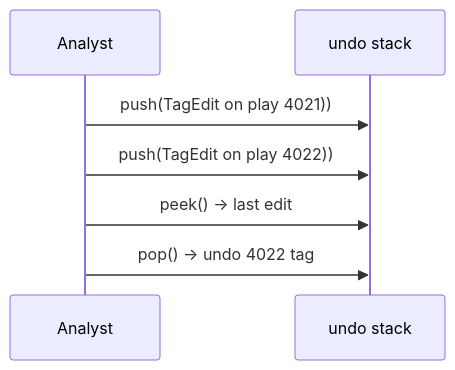
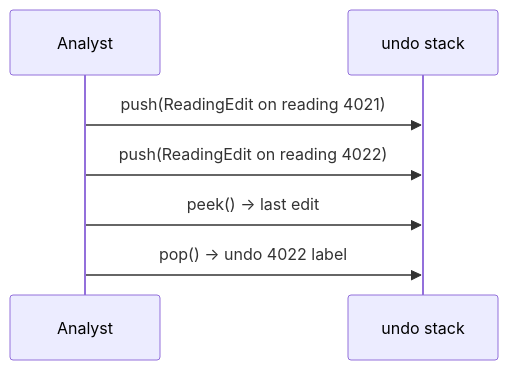
One commit to qgjones9/python-programming-guide changed the second of 8 diagrams in docs/dsa/data-structures/stacks/index.md. Above: the diagram before and after it, drawn with Mermaid. The commit also changed other lines of this file and 29 other files, not shown here.

````diff
--- a/docs/dsa/data-structures/stacks/index.md
+++ b/docs/dsa/data-structures/stacks/index.md
@@ -85,9 +83,9 @@
 ```mermaid
 sequenceDiagram
   participant Analyst
   participant S as undo stack
-  Analyst->>S: push(TagEdit on play 4021))
-  Analyst->>S: push(TagEdit on play 4022))
+  Analyst->>S: push(ReadingEdit on reading 4021)
+  Analyst->>S: push(ReadingEdit on reading 4022)
   Analyst->>S: peek() → last edit
-  Analyst->>S: pop() → undo 4022 tag
+  Analyst->>S: pop() → undo 4022 label
 ```
````
